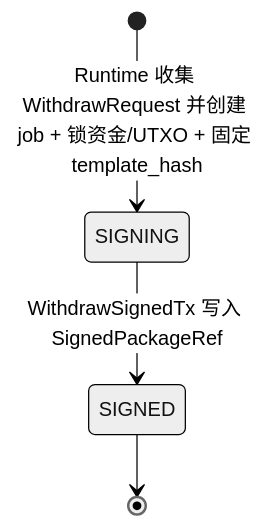
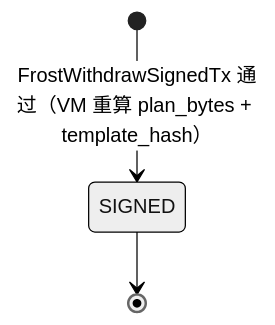
One commit to davidLeeeeeeeeeeee/dex changed the fourth of 8 diagrams in frost/design_v2_job.md. Above: the diagram before and after it, drawn with Mermaid (neutral theme). The commit also changed other lines of this file and 1 other file, not shown here.

````diff
--- a/frost/design_v2_job.md
+++ b/frost/design_v2_job.md
@@ -457,6 +465,5 @@
 ```mermaid
 stateDiagram-v2
-  [*] --> SIGNING: Runtime 收集 WithdrawRequest 并创建 job + 锁资金/UTXO + 固定 template_hash
-  SIGNING --> SIGNED: WithdrawSignedTx 写入 SignedPackageRef
+  [*] --> SIGNED: FrostWithdrawSignedTx 通过（VM 重算 plan_bytes + template_hash）
   SIGNED --> [*]
 ```
````
